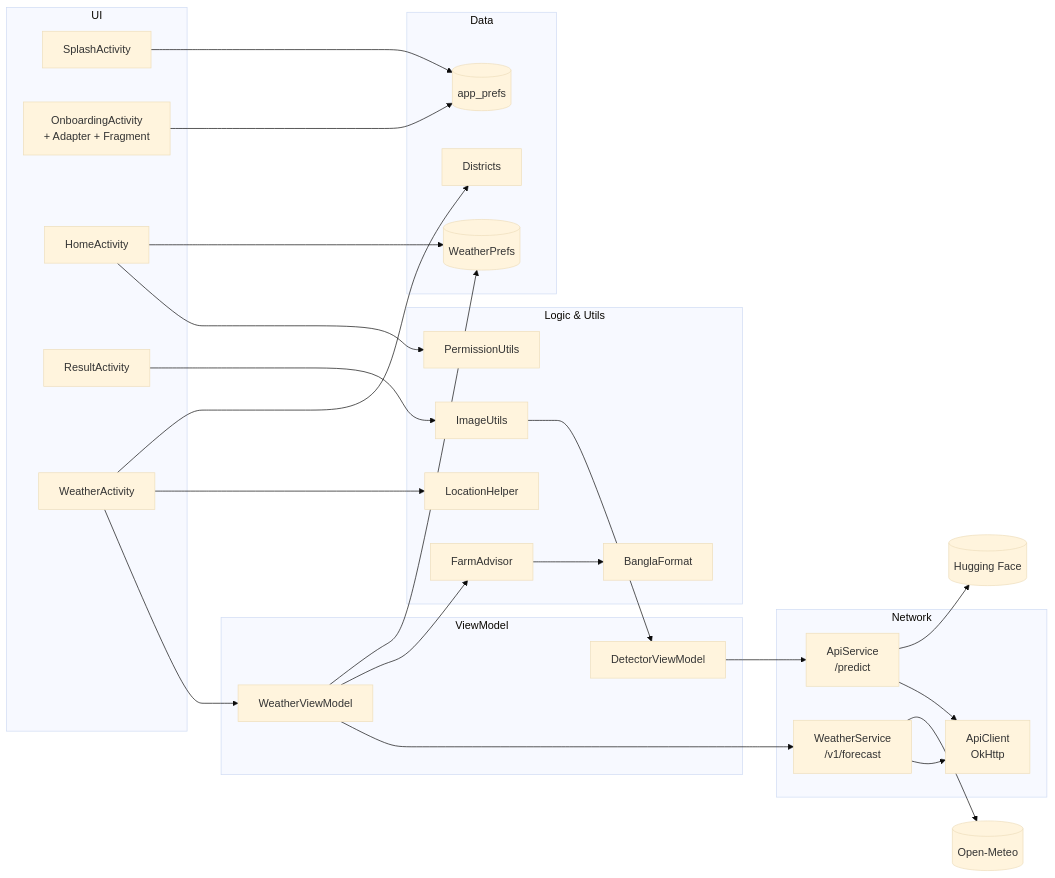
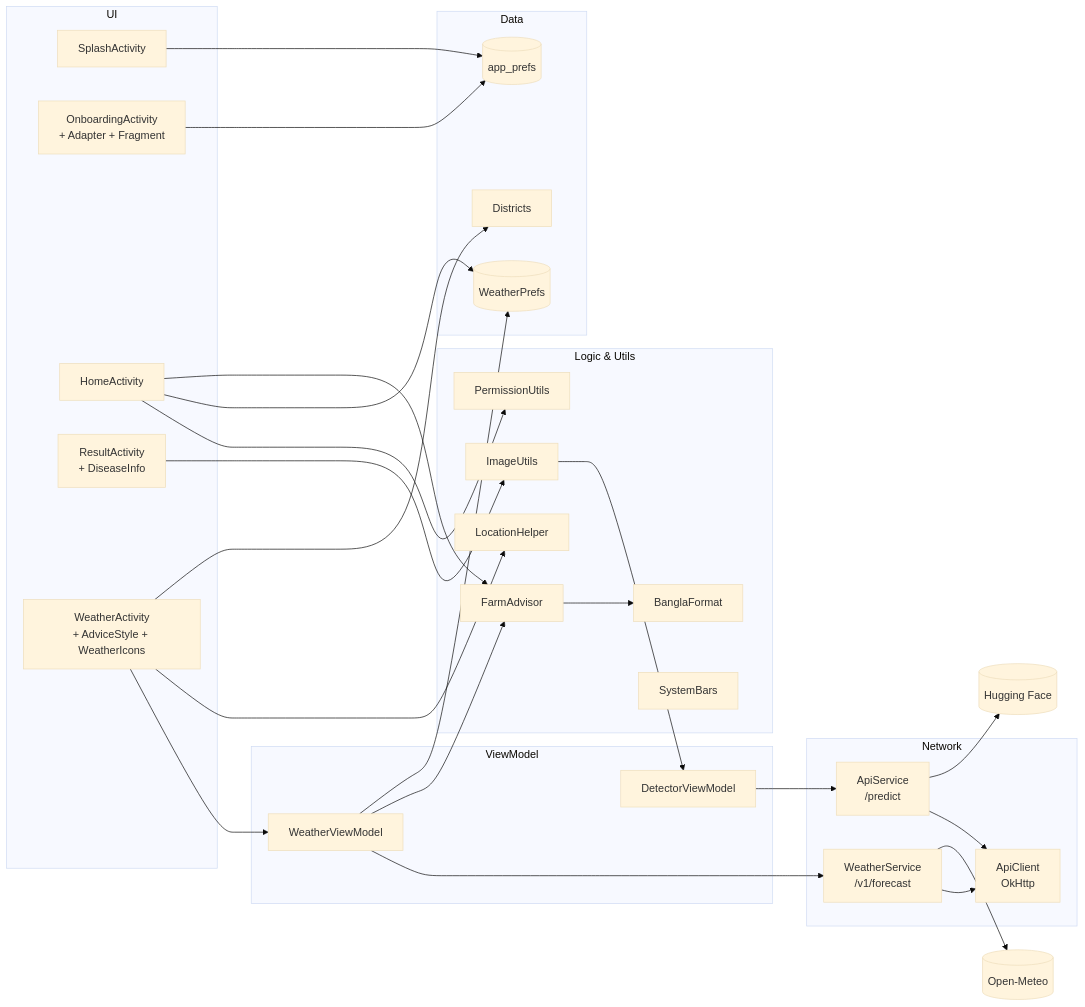
Before and after one commit to asmRakibulHasan/Mango-Disease-Detector: the second of 3 diagrams in docs/APP_DOCUMENTATION.md, drawn with Mermaid (base theme). The commit also changed other lines of this file and 1 other file, not shown here.

First line of the commit message:
docs: update app and weather docs for v2 design

````diff
--- a/docs/APP_DOCUMENTATION.md
+++ b/docs/APP_DOCUMENTATION.md
@@ -105,48 +219,50 @@
 ```mermaid
 flowchart LR
     subgraph UI
         SA[SplashActivity]
         OA[OnboardingActivity<br/>+ Adapter + Fragment]
         HA[HomeActivity]
-        RA[ResultActivity]
-        WA[WeatherActivity]
+        RA[ResultActivity<br/>+ DiseaseInfo]
+        WA[WeatherActivity<br/>+ AdviceStyle + WeatherIcons]
     end
 
     subgraph ViewModel
         DVM[DetectorViewModel]
         WVM[WeatherViewModel]
     end
 
     subgraph Network
         AC[ApiClient<br/>OkHttp]
         AS[ApiService<br/>/predict]
         WS[WeatherService<br/>/v1/forecast]
     end
 
     subgraph Logic_Utils[Logic & Utils]
         IU[ImageUtils]
         PU[PermissionUtils]
         FA[FarmAdvisor]
         BF[BanglaFormat]
         LH[LocationHelper]
+        SB[SystemBars]
     end
 
     subgraph Data
         D[Districts]
         WP[(WeatherPrefs)]
         AP[(app_prefs)]
     end
 
     SA --> AP
     OA --> AP
     HA --> PU
     HA --> WP
+    HA --> FA
     RA --> IU --> DVM --> AS --> AC
     WA --> WVM --> WS --> AC
     WVM --> FA --> BF
     WVM --> WP
     WA --> LH
     WA --> D
     AS --> HF[(Hugging Face)]
     WS --> OM[(Open-Meteo)]
 ```
````
